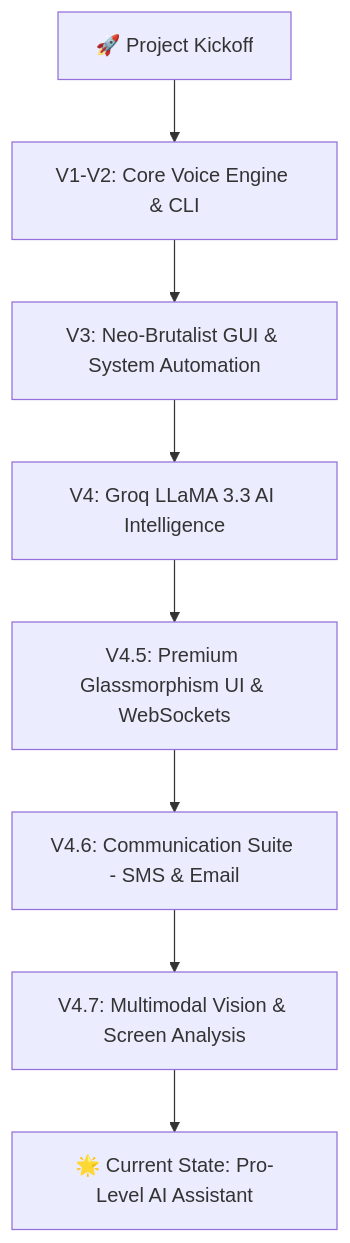
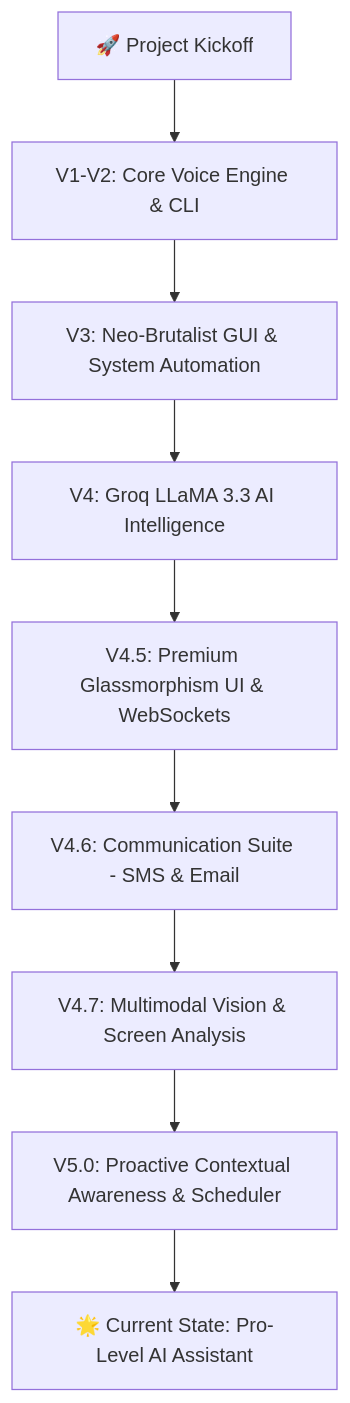
One commit to Rajmund09/THING-Voice-Assistant changed the diagram in README.md. Above: the diagram before and after it, drawn with Mermaid. The commit also changed other lines of this file, not shown here.

Commit message:
docs: update README.md to document Phase 3 proactive features

````diff
--- a/README.md
+++ b/README.md
@@ -31,10 +32,11 @@
 ```mermaid
 graph TD
     Start[🚀 Project Kickoff] --> Init[V1-V2: Core Voice Engine & CLI]
     Init --> UI[V3: Neo-Brutalist GUI & System Automation]
     UI --> AI[V4: Groq LLaMA 3.3 AI Intelligence]
     AI --> Glass[V4.5: Premium Glassmorphism UI & WebSockets]
     Glass --> Comm[V4.6: Communication Suite - SMS & Email]
     Comm --> Vision[V4.7: Multimodal Vision & Screen Analysis]
-    Vision --> Current[🌟 Current State: Pro-Level AI Assistant]
+    Vision --> Proactive[V5.0: Proactive Contextual Awareness & Scheduler]
+    Proactive --> Current[🌟 Current State: Pro-Level AI Assistant]
 ```
````
